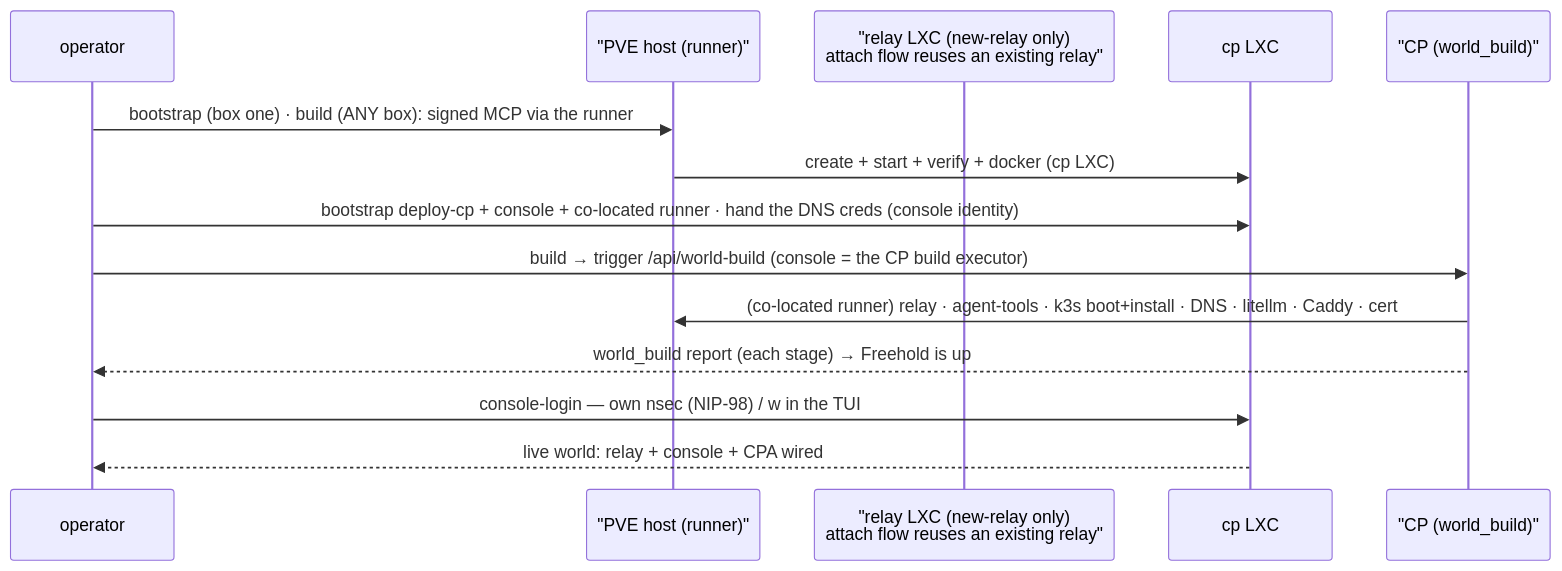
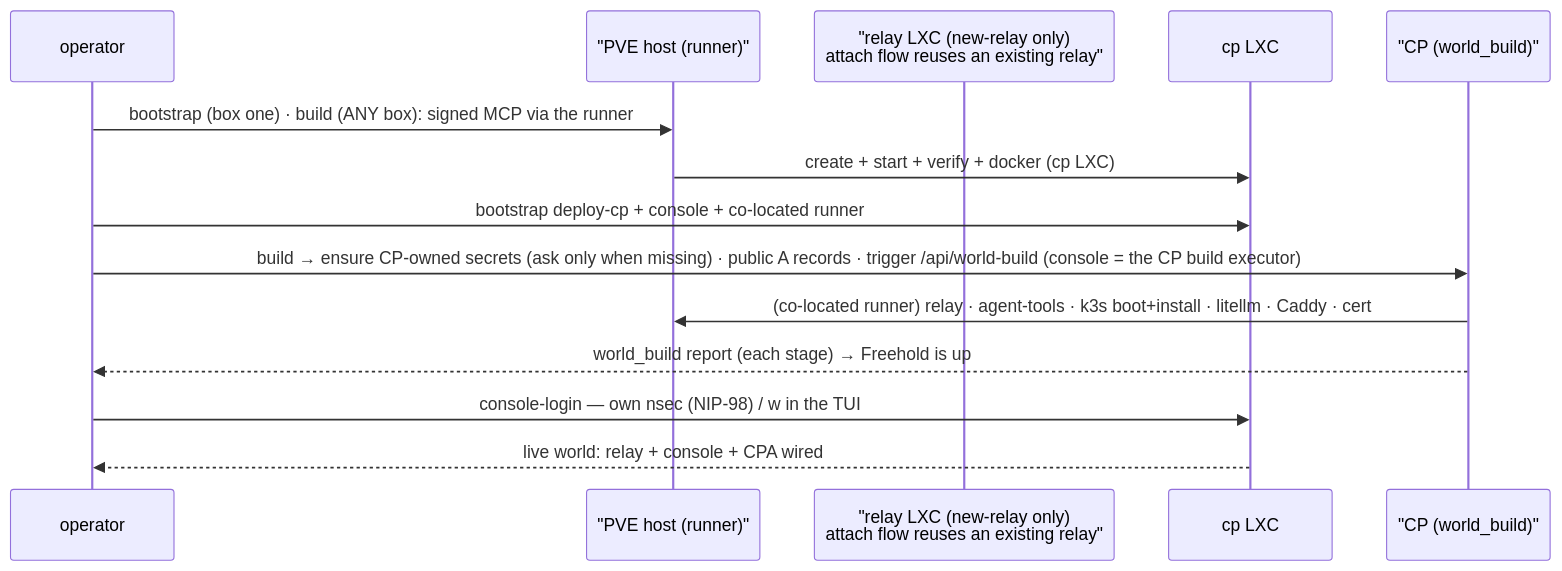
The first of 3 diagrams in README.md (darcy/freehold), drawn with Mermaid before and after one commit. The commit also changed other lines of this file and 2 other files, not shown here.

Commit message:
fix(review): base64 secret values into seedCpRunnerSecrets (no shell injection); refresh stale README/ARCHITECTURE
- seedCpRunnerSecrets base64-encodes each litellm value before shipping it
  through the pct exec sh -c wrapper, so provider/master/pg can never break the
  quotation or inject shell (base64 is [A-Za-z0-9+/=]); decode inside the CP
  into the env, then add-secret reads --secret-env (same pattern as handoffDNS).
- README: bootstrap one-liner + sequence diagram no longer hand DNS creds at
  bootstrap; DNS/A-record + CP-owned secret ensure now live on the build step.
- ARCHITECTURE: rebuild.go paragraph now reflects that bootstrap collects no
  secrets and build ensures CP-owned DNS/litellm secrets.

````diff
--- a/README.md
+++ b/README.md
@@ -485,17 +485,17 @@
 ```mermaid
 sequenceDiagram
     participant OP as operator
     participant PVE as "PVE host (runner)"
     participant R as "relay LXC (new-relay only)<br/>attach flow reuses an existing relay"
     participant C as cp LXC
     participant CP as "CP (world_build)"
 
     OP->>PVE: bootstrap (box one) · build (ANY box): signed MCP via the runner
     PVE->>C: create + start + verify + docker (cp LXC)
-    OP->>C: bootstrap deploy-cp + console + co-located runner · hand the DNS creds (console identity)
-    OP->>CP: build → trigger /api/world-build (console = the CP build executor)
-    CP->>PVE: (co-located runner) relay · agent-tools · k3s boot+install · DNS · litellm · Caddy · cert
+    OP->>C: bootstrap deploy-cp + console + co-located runner
+    OP->>CP: build → ensure CP-owned secrets (ask only when missing) · public A records · trigger /api/world-build (console = the CP build executor)
+    CP->>PVE: (co-located runner) relay · agent-tools · k3s boot+install · litellm · Caddy · cert
     CP-->>OP: world_build report (each stage) → Freehold is up
     OP->>C: console-login — own nsec (NIP-98) / w in the TUI
     C-->>OP: live world: relay + console + CPA wired
 ```
````
